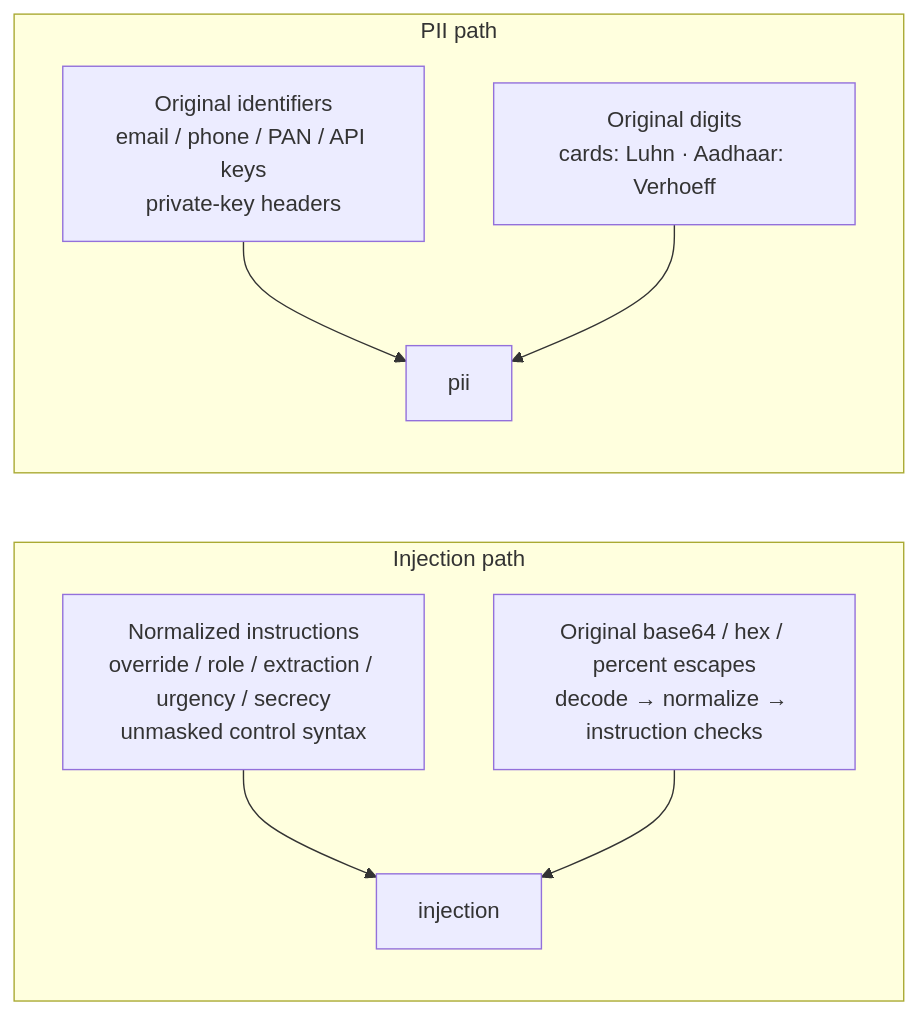
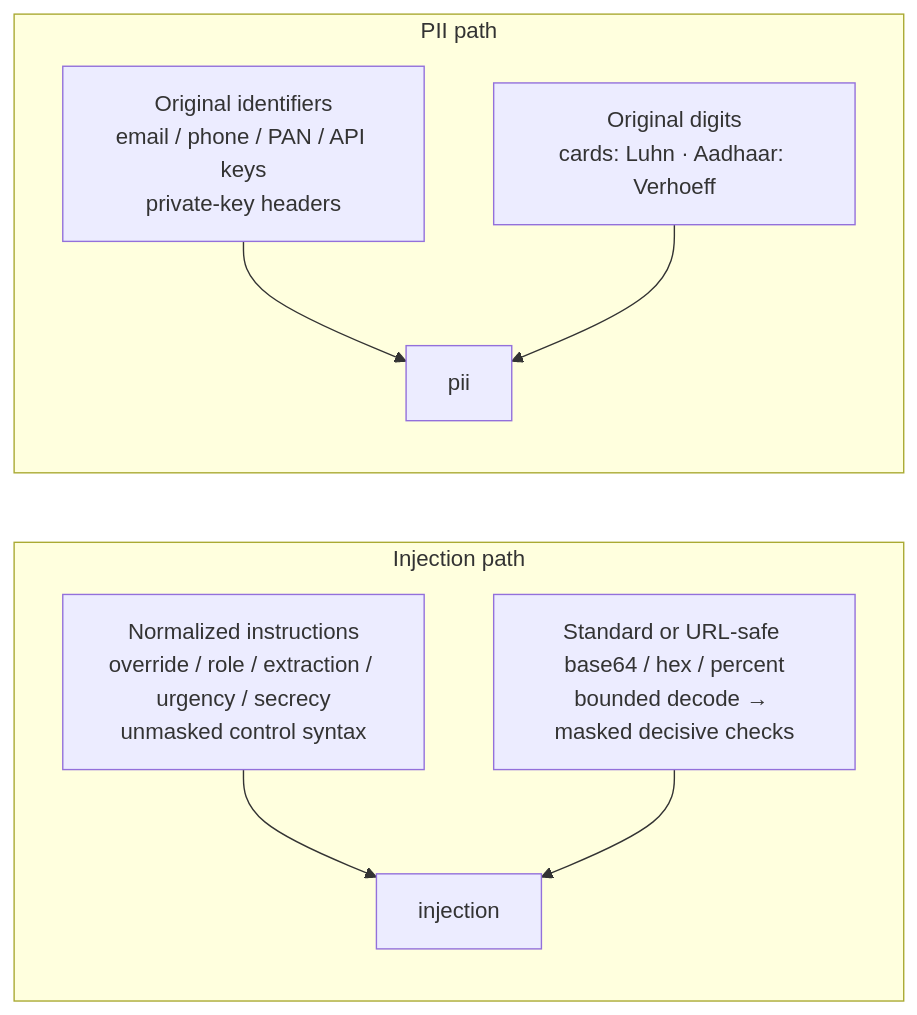
The second of 2 diagrams in README.md (balamuruganpg/promptwarden), drawn with Mermaid before and after one commit. The commit also changed other lines of this file and 13 other files, not shown here.

Commit message:
PromptWarden 0.7.0: bounded multi-layer decoding (URL-safe/triple-layer b64, double percent/hex), word-order system fences; corpus F1/FPR unchanged

````diff
--- a/README.md
+++ b/README.md
@@ -106,13 +106,13 @@
 ```mermaid
 flowchart LR
   subgraph INJ[Injection path]
     direction TB
     N["Normalized instructions<br/>override / role / extraction / urgency / secrecy<br/>unmasked control syntax"] --> J[injection]
-    E["Original base64 / hex / percent escapes<br/>decode → normalize → instruction checks"] --> J
+    E["Standard or URL-safe base64 / hex / percent<br/>bounded decode → masked decisive checks"] --> J
   end
   subgraph PII[PII path]
     direction TB
     I["Original identifiers<br/>email / phone / PAN / API keys<br/>private-key headers"] --> K[pii]
     C["Original digits<br/>cards: Luhn · Aadhaar: Verhoeff"] --> K
   end
 ```
````
